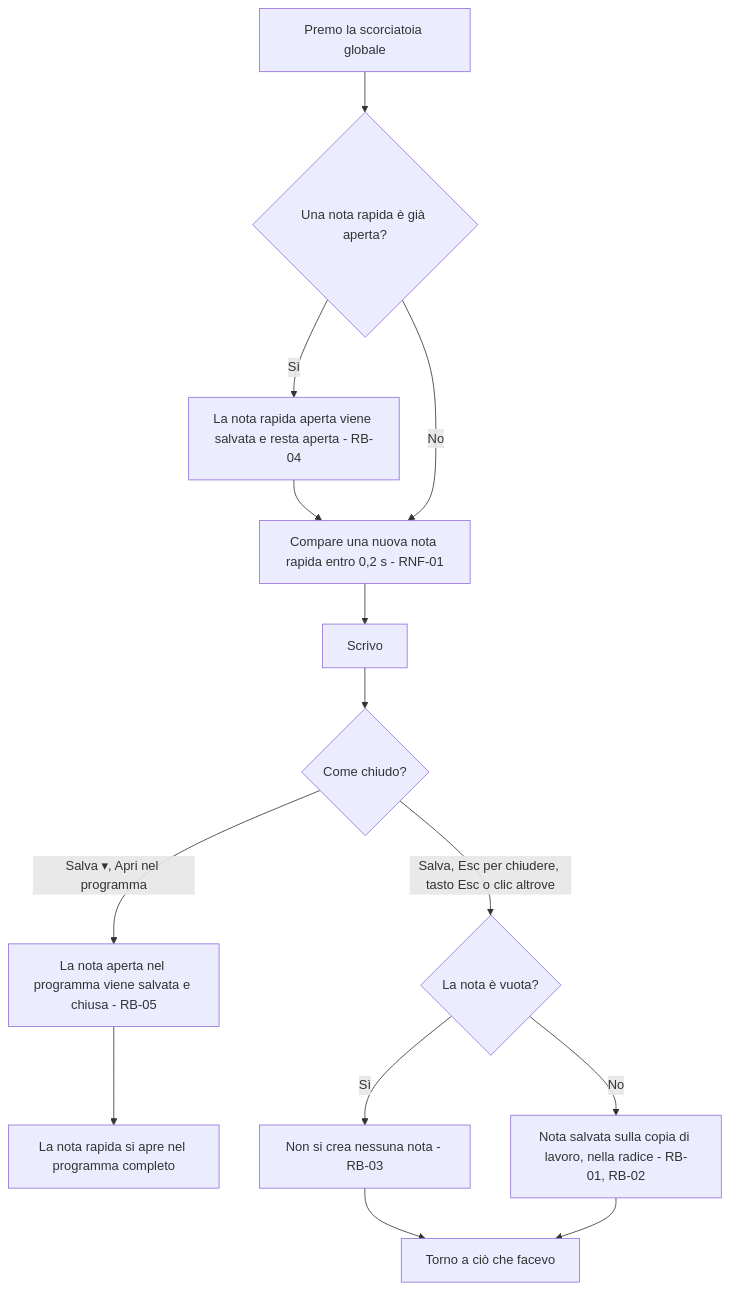
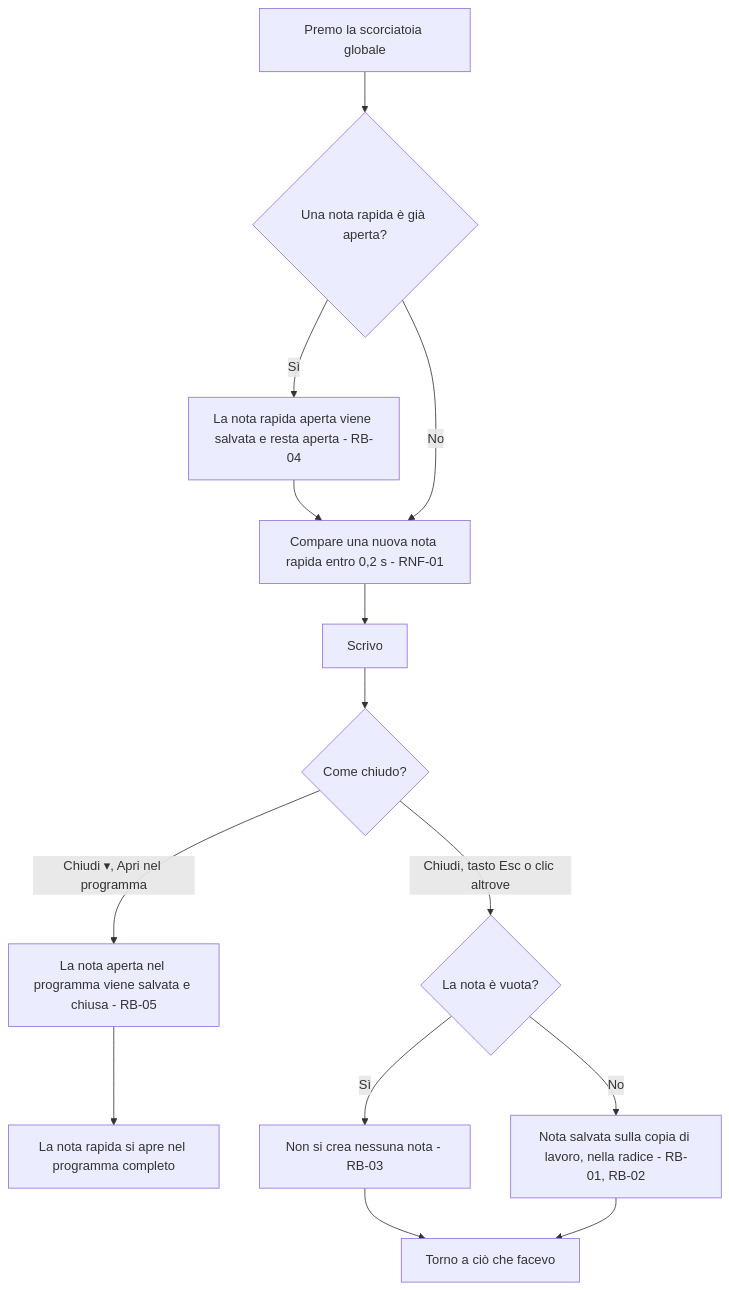
One commit to Helmutsti/MemoDu changed the first of 5 diagrams in docs/moduli/note/2-flussi.md. Above: the diagram before and after it, drawn with Mermaid. The commit also changed other lines of this file and 9 other files, not shown here.

Commit message:
SC-02 CMP-23 DEC-50: nota rapida con un solo pulsante Chiudi

````diff
--- a/docs/moduli/note/2-flussi.md
+++ b/docs/moduli/note/2-flussi.md
@@ -8,16 +8,16 @@
 ```mermaid
 flowchart TD
     A[Premo la scorciatoia globale] --> B{Una nota rapida è già aperta?}
     B -- Sì --> B1[La nota rapida aperta viene salvata e resta aperta - RB-04]
     B1 --> C
     B -- No --> C[Compare una nuova nota rapida entro 0,2 s - RNF-01]
     C --> D[Scrivo]
     D --> E{Come chiudo?}
-    E -- Salva ▾, Apri nel programma --> F[La nota aperta nel programma viene salvata e chiusa - RB-05]
+    E -- Chiudi ▾, Apri nel programma --> F[La nota aperta nel programma viene salvata e chiusa - RB-05]
     F --> G[La nota rapida si apre nel programma completo]
-    E -- Salva, Esc per chiudere, tasto Esc o clic altrove --> H{La nota è vuota?}
+    E -- Chiudi, tasto Esc o clic altrove --> H{La nota è vuota?}
     H -- Sì --> I[Non si crea nessuna nota - RB-03]
     H -- No --> J[Nota salvata sulla copia di lavoro, nella radice - RB-01, RB-02]
     I --> K[Torno a ciò che facevo]
     J --> K
 ```
````
